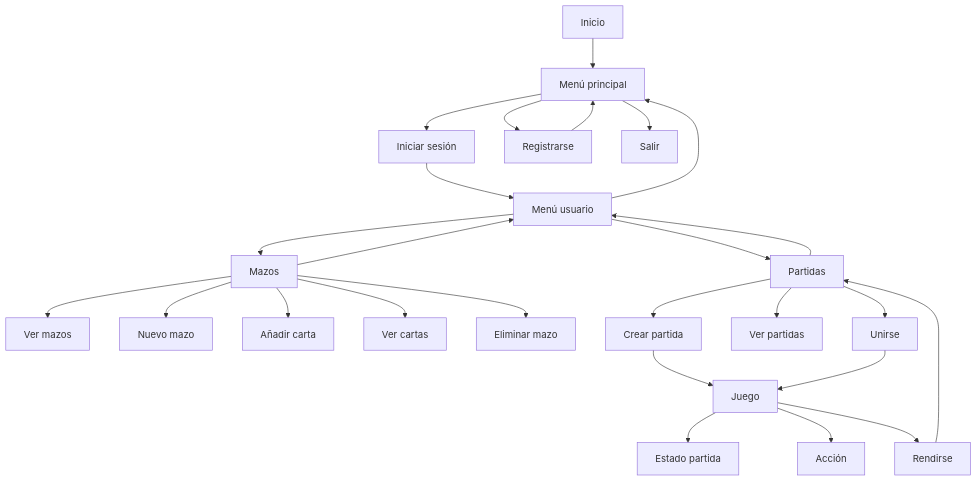
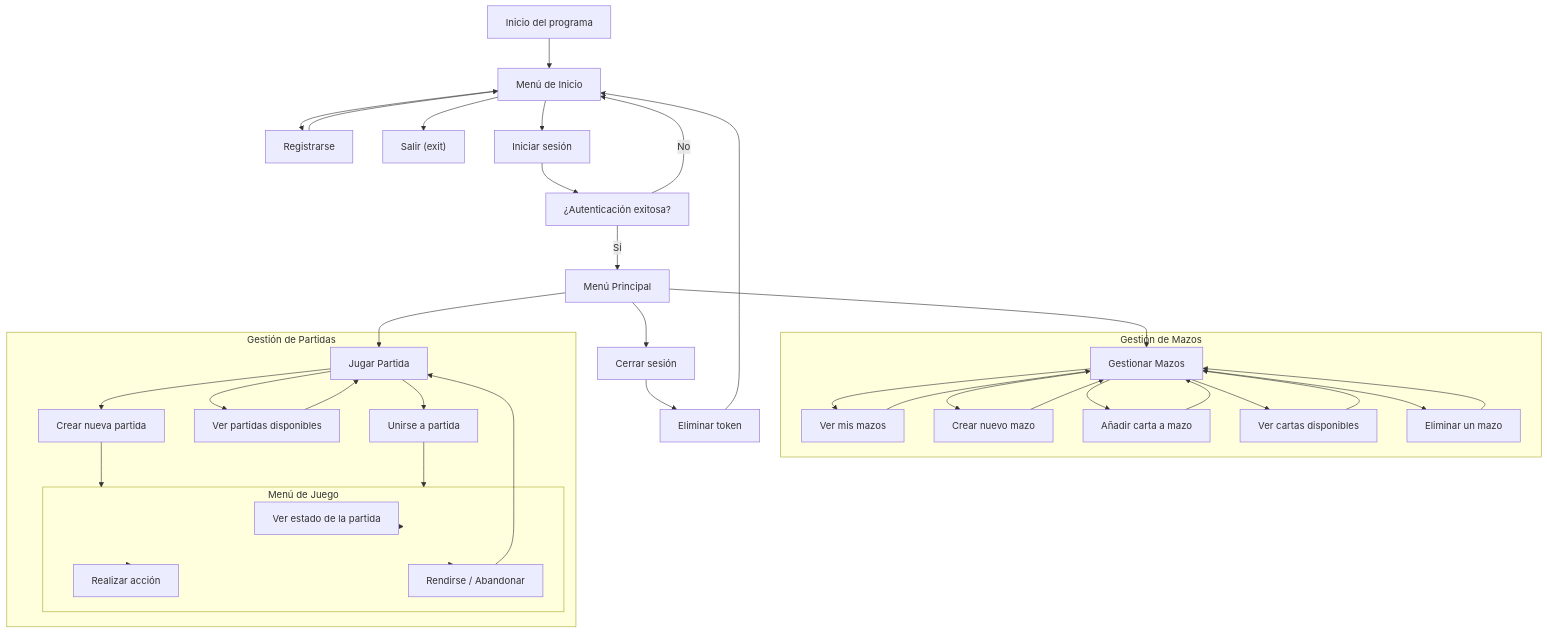
The diagram in Diagramas/Wireframe_login.mermaid (Dariella06/Rifters), drawn with Mermaid before and after one commit.

Commit message:
Update Wireframe_login.mermaid, para una gestion mejor estructurada para la visualización

```diff
--- a/Diagramas/Wireframe_login.mermaid
+++ b/Diagramas/Wireframe_login.mermaid
@@ -1,32 +1,48 @@
 flowchart TD
-    Inicio --> Menu["Menú principal"]
-    Menu --> Login["Iniciar sesión"]
-    Menu --> Registro["Registrarse"]
-    Menu --> Fin["Salir"]
+    Inicio[Inicio del programa] --> MenuInicio["Menú de Inicio"]
+    
+    MenuInicio --> Registro["Registrarse"]
+    MenuInicio --> Salir["Salir (exit)"]
+    MenuInicio --> Login["Iniciar sesión"]
 
-    Login --> Principal["Menú usuario"]
-    Registro --> Menu
+    Registro --> MenuInicio
+    Login --> Autenticado["¿Autenticación exitosa?"]
+    Autenticado -- Sí --> MenuPrincipal["Menú Principal"]
+    Autenticado -- No --> MenuInicio
 
-    Principal --> Mazos
-    Principal --> Partidas
-    Principal --> Menu
+    MenuPrincipal --> GestionarMazos["Gestionar Mazos"]
+    MenuPrincipal --> JugarPartida["Jugar Partida"]
+    MenuPrincipal --> CerrarSesion["Cerrar sesión"]
 
-    Mazos --> VerMazos["Ver mazos"]
-    Mazos --> CrearMazo["Nuevo mazo"]
-    Mazos --> AñadirCarta["Añadir carta"]
-    Mazos --> VerCartas["Ver cartas"]
-    Mazos --> EliminarMazo["Eliminar mazo"]
-    Mazos --> Principal
+    CerrarSesion --> TokenEliminado["Eliminar token"]
+    TokenEliminado --> MenuInicio
 
-    Partidas --> NuevaPartida["Crear partida"]
-    Partidas --> VerPartidas["Ver partidas"]
-    Partidas --> UnirsePartida["Unirse"]
-    Partidas --> Principal
+    subgraph Gestión de Mazos
+        GestionarMazos --> VerMazos["Ver mis mazos"]
+        GestionarMazos --> CrearMazo["Crear nuevo mazo"]
+        GestionarMazos --> AñadirCarta["Añadir carta a mazo"]
+        GestionarMazos --> VerCartas["Ver cartas disponibles"]
+        GestionarMazos --> EliminarMazo["Eliminar un mazo"]
+        VerMazos --> GestionarMazos
+        CrearMazo --> GestionarMazos
+        AñadirCarta --> GestionarMazos
+        VerCartas --> GestionarMazos
+        EliminarMazo --> GestionarMazos
+    end
 
-    NuevaPartida --> Juego
-    UnirsePartida --> Juego
+    subgraph Gestión de Partidas
+        JugarPartida --> CrearPartida["Crear nueva partida"]
+        JugarPartida --> VerPartidas["Ver partidas disponibles"]
+        JugarPartida --> UnirsePartida["Unirse a partida"]
 
-    Juego --> Estado["Estado partida"]
-    Juego --> Accion["Acción"]
-    Juego --> Rendirse["Rendirse"]
-    Rendirse --> Partidas
+        CrearPartida --> MenuJuego
+        UnirsePartida --> MenuJuego
+        VerPartidas --> JugarPartida
+    end
+
+    subgraph MenuJuego["Menú de Juego"]
+        MenuJuego --> VerEstado["Ver estado de la partida"]
+        MenuJuego --> Accion["Realizar acción"]
+        MenuJuego --> Rendirse["Rendirse / Abandonar"]
+        Rendirse --> JugarPartida
+    end
```
